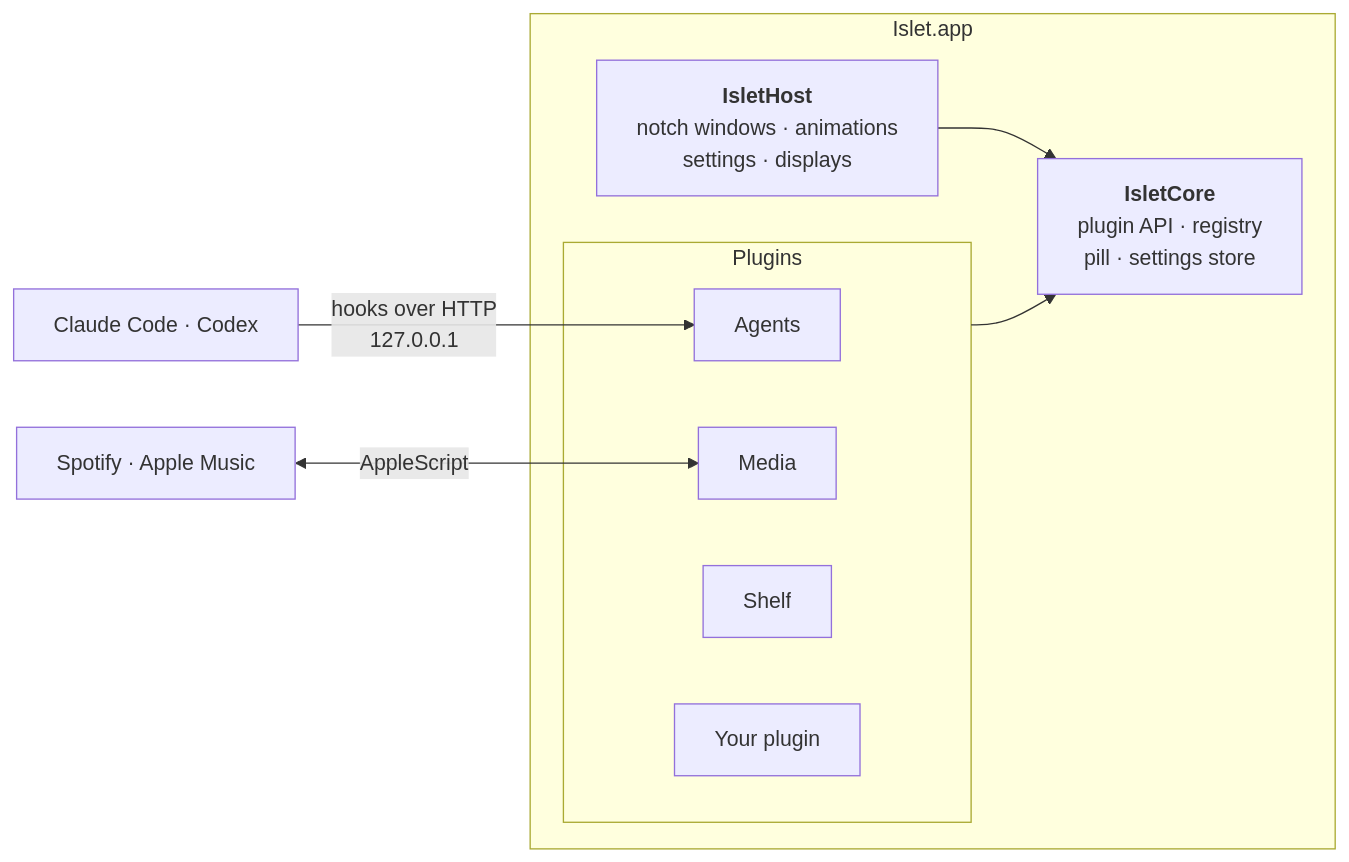
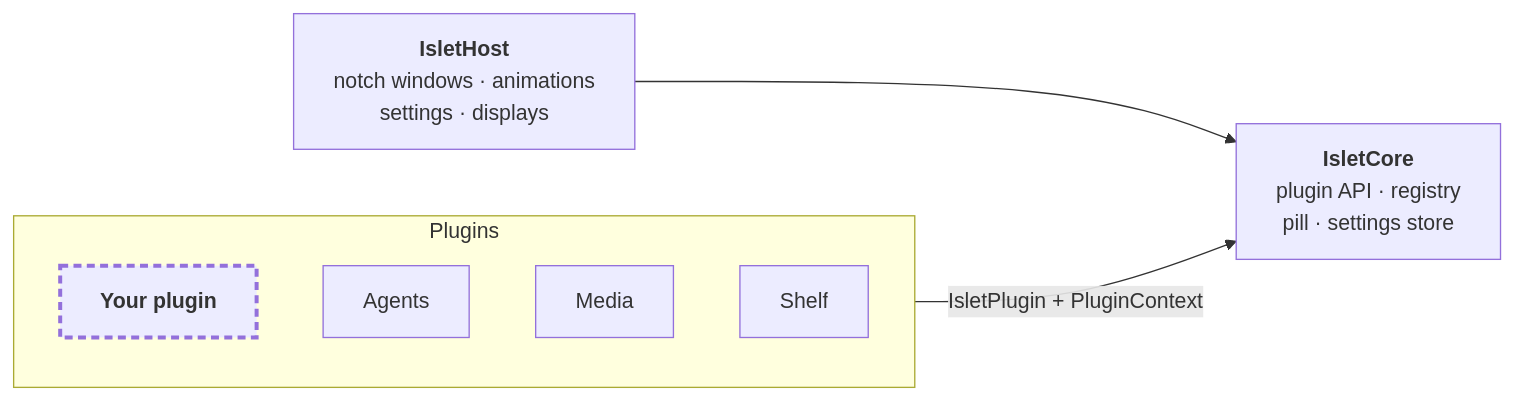
The diagram in README.md (MariSchn/Islet), drawn with Mermaid before and after one commit. The commit also changed other lines of this file, not shown here.

Commit message:
Present Islet as an extensible plugin host in the README

````diff
--- a/README.md
+++ b/README.md
@@ -162,17 +190,15 @@
 ```mermaid
 flowchart LR
-    subgraph app["Islet.app"]
-        host["<b>IsletHost</b><br/>notch windows · animations<br/>settings · displays"]
-        core["<b>IsletCore</b><br/>plugin API · registry<br/>pill · settings store"]
-        subgraph plugins["Plugins"]
-            agents["Agents"]
-            media["Media"]
-            shelf["Shelf"]
-            yours["Your plugin"]
-        end
+    subgraph plugins["Plugins"]
+        direction TB
+        yours["<b>Your plugin</b>"]
+        agents["Agents"]
+        media["Media"]
+        shelf["Shelf"]
     end
+    core["<b>IsletCore</b><br/>plugin API · registry<br/>pill · settings store"]
+    host["<b>IsletHost</b><br/>notch windows · animations<br/>settings · displays"]
+    plugins -->|"IsletPlugin + PluginContext"| core
     host --> core
-    plugins --> core
-    cli["Claude Code · Codex"] -->|"hooks over HTTP<br/>127.0.0.1"| agents
-    players["Spotify · Apple Music"] <-->|AppleScript| media
+    style yours stroke-width:3px,stroke-dasharray:6 4
 ```
````
